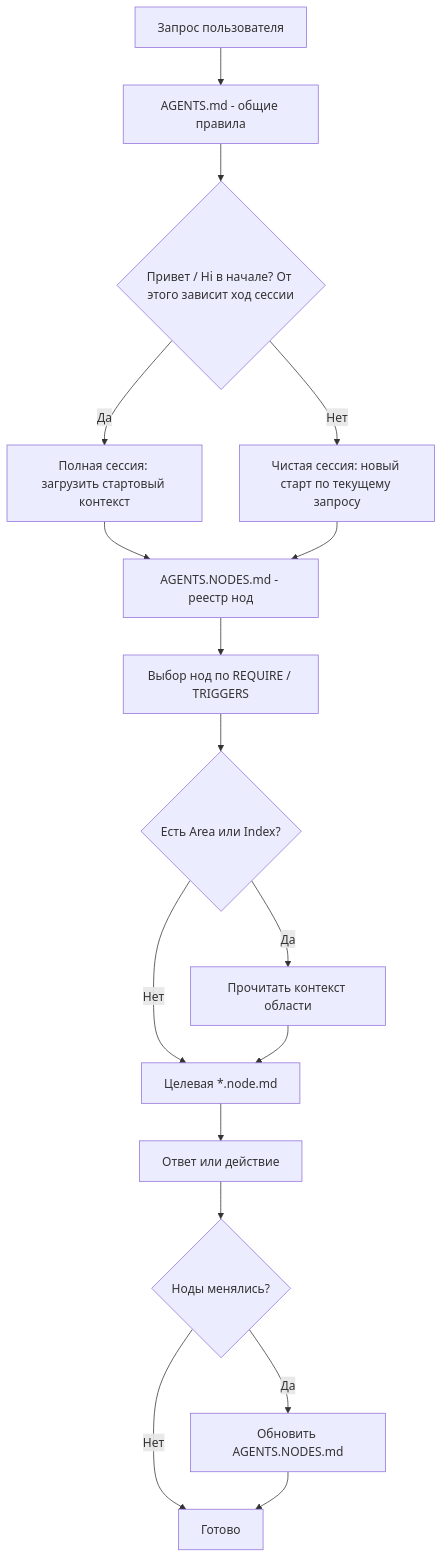
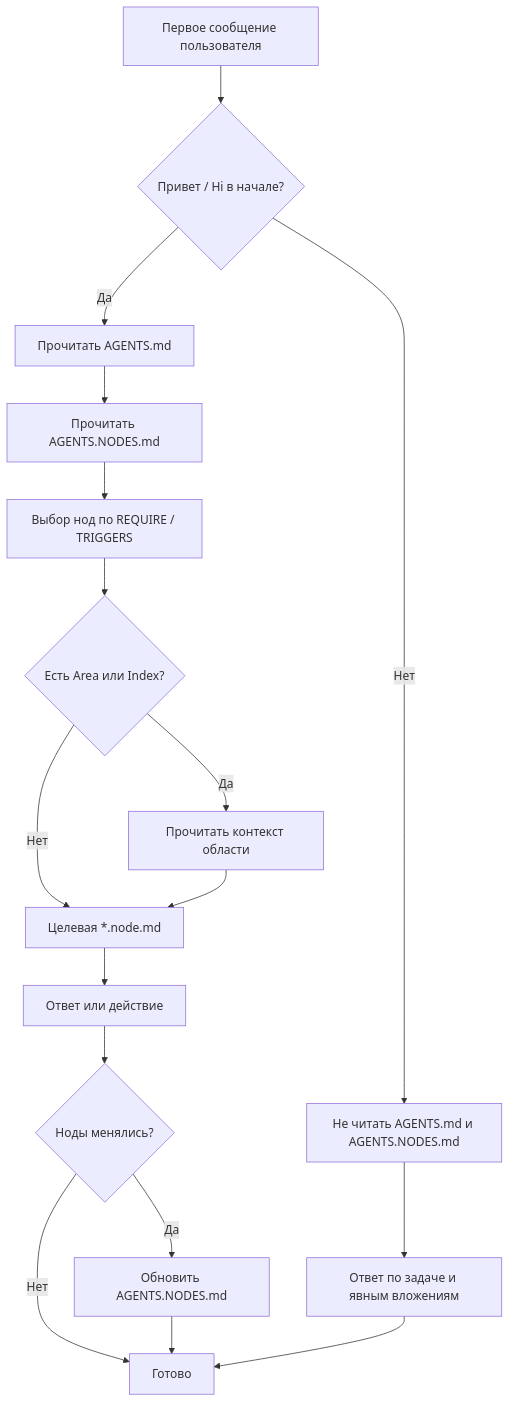
The diagram in README.md (iv-litovchenko/AWN-Framework), drawn with Mermaid before and after one commit. The commit also changed other lines of this file and 2 other files, not shown here.

````diff
--- a/README.md
+++ b/README.md
@@ -282,19 +275,19 @@
 ```mermaid
 flowchart TD
-  A[Запрос пользователя] --> E[AGENTS.md - общие правила]
-  E --> B{Привет / Hi в начале? От этого зависит ход сессии}
-  B -->|Да| C[Полная сессия: загрузить стартовый контекст]
-  B -->|Нет| D[Чистая сессия: новый старт по текущему запросу]
-  C --> F[AGENTS.NODES.md - реестр нод]
-  D --> F
+  A[Первое сообщение пользователя] --> B{Привет / Hi в начале?}
+  B -->|Да| E[Прочитать AGENTS.md]
+  E --> F[Прочитать AGENTS.NODES.md]
   F --> G[Выбор нод по REQUIRE / TRIGGERS]
   G --> H{Есть Area или Index?}
   H -->|Да| I[Прочитать контекст области]
   H -->|Нет| J[Целевая *.node.md]
   I --> J
   J --> K[Ответ или действие]
+  B -->|Нет| D[Не читать AGENTS.md и AGENTS.NODES.md]
+  D --> K2[Ответ по задаче и явным вложениям]
   K --> L{Ноды менялись?}
   L -->|Да| M[Обновить AGENTS.NODES.md]
   L -->|Нет| N[Готово]
   M --> N
+  K2 --> N
 ```
````
